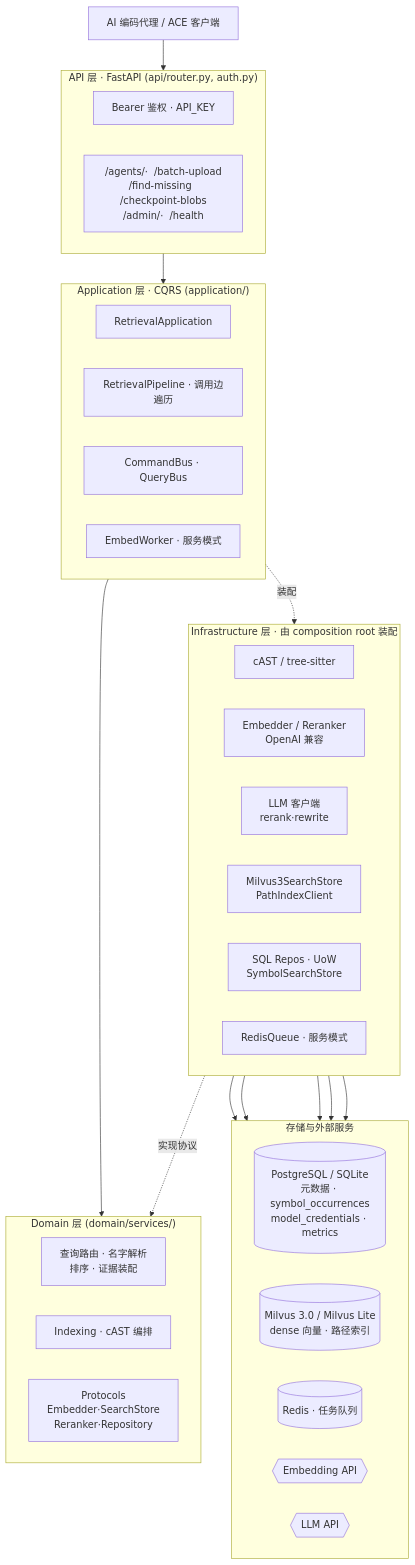
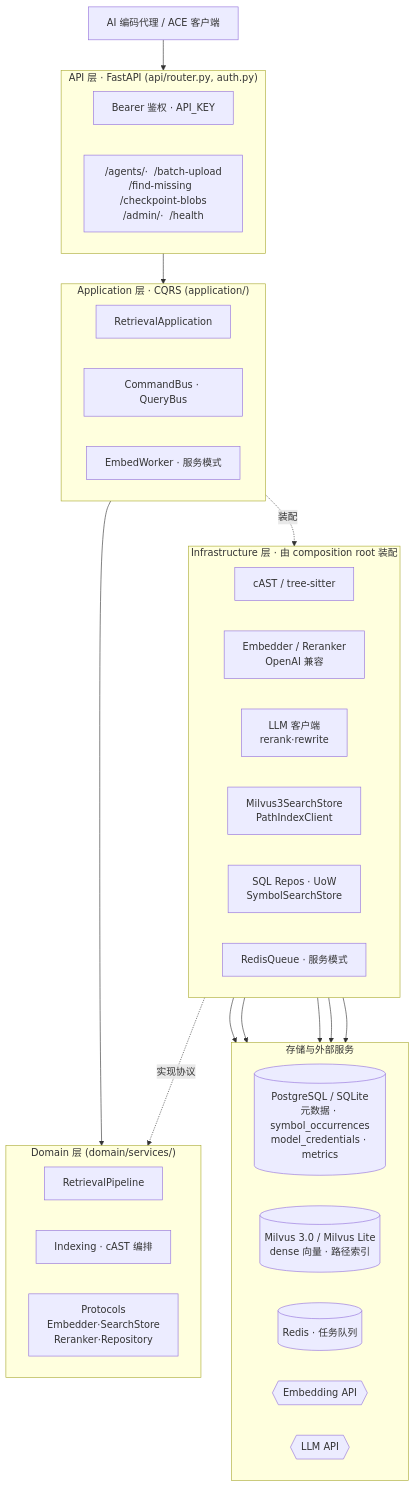
The first of 2 diagrams in README.zh-CN.md (JasonEX/oce), drawn with Mermaid before and after one commit. The commit also changed other lines of this file and 34 other files, not shown here.

````diff
--- a/README.zh-CN.md
+++ b/README.zh-CN.md
@@ -399,56 +386,55 @@
 ```mermaid
 flowchart TB
     Client["AI 编码代理 / ACE 客户端"]
 
     subgraph API["API 层 · FastAPI (api/router.py, auth.py)"]
         direction LR
         Auth["Bearer 鉴权 · API_KEY"]
         Endpoints["/agents/·  /batch-upload<br/>/find-missing  /checkpoint-blobs<br/>/admin/·  /health"]
     end
 
     subgraph APP["Application 层 · CQRS (application/)"]
         direction LR
         AppSvc["RetrievalApplication"]
-        Pipeline["RetrievalPipeline · 调用边遍历"]
         Buses["CommandBus · QueryBus"]
         Worker["EmbedWorker · 服务模式"]
     end
 
     subgraph DOMAIN["Domain 层 (domain/services/)"]
         direction LR
-        Policies["查询路由 · 名字解析<br/>排序 · 证据装配"]
+        Pipeline["RetrievalPipeline"]
         Indexing["Indexing · cAST 编排"]
         Proto["Protocols<br/>Embedder·SearchStore<br/>Reranker·Repository"]
     end
 
     subgraph INFRA["Infrastructure 层 · 由 composition root 装配"]
         direction LR
         Chunker["cAST / tree-sitter"]
         Embed["Embedder / Reranker<br/>OpenAI 兼容"]
         LLMC["LLM 客户端<br/>rerank·rewrite"]
         Vector["Milvus3SearchStore<br/>PathIndexClient"]
         Sql["SQL Repos · UoW<br/>SymbolSearchStore"]
         RedisQ["RedisQueue · 服务模式"]
     end
 
     subgraph STORE["存储与外部服务"]
         direction LR
         DB[("PostgreSQL / SQLite<br/>元数据 · symbol_occurrences<br/>model_credentials · metrics")]
         Milvus[("Milvus 3.0 / Milvus Lite<br/>dense 向量 · 路径索引")]
         Redis[("Redis · 任务队列")]
         EmbedAPI{{"Embedding API"}}
         LLMAPI{{"LLM API"}}
     end
 
     Client --> API
     API --> APP
     APP --> DOMAIN
     APP -. 装配 .-> INFRA
     INFRA -. 实现协议 .-> DOMAIN
 
     Embed --> EmbedAPI
     LLMC --> LLMAPI
     Vector --> Milvus
     Sql --> DB
     RedisQ --> Redis
 ```
````
